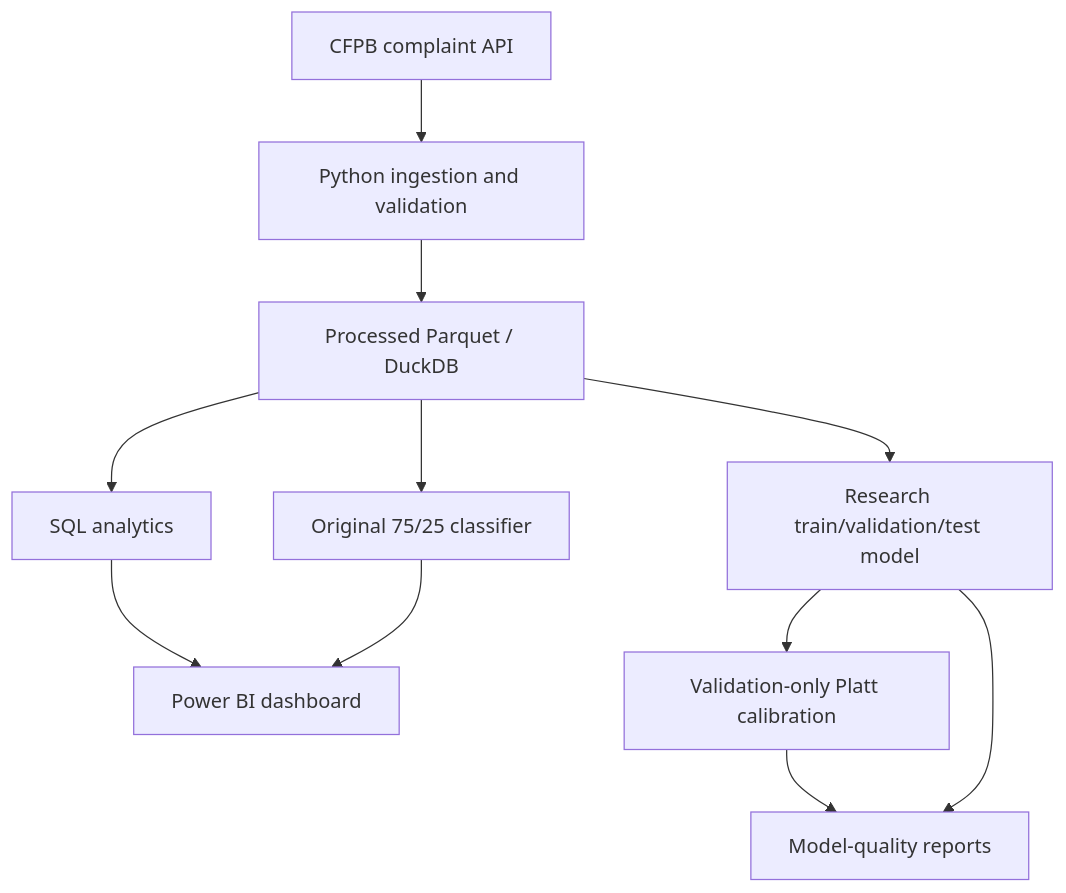
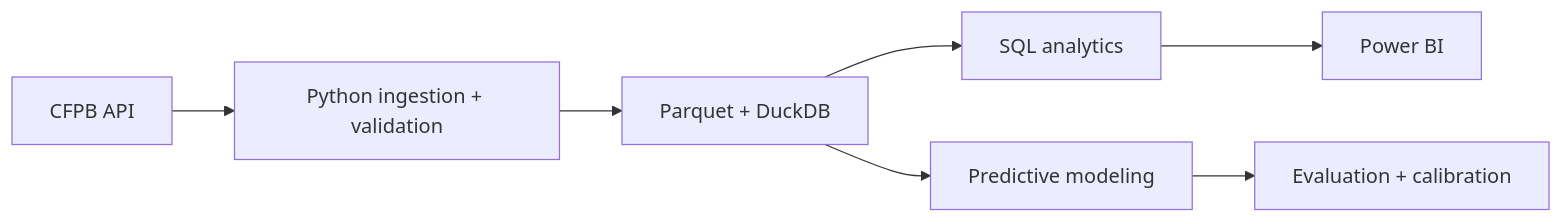
One commit to RishiRatnakarData/consumer-complaint-intelligence changed the diagram in README.md. Above: the diagram before and after it, drawn with Mermaid. The commit also changed other lines of this file, not shown here.

Commit message:
docs: redesign CFPB README as portfolio showcase

````diff
--- a/README.md
+++ b/README.md
@@ -84,13 +62,9 @@
 ```mermaid
-flowchart TD
-    A[CFPB complaint API] --> B[Python ingestion and validation]
-    B --> C[Processed Parquet / DuckDB]
+flowchart LR
+    A[CFPB API] --> B[Python ingestion + validation]
+    B --> C[Parquet + DuckDB]
     C --> D[SQL analytics]
-    C --> E[Original 75/25 classifier]
-    C --> F[Research train/validation/test model]
-    F --> G[Validation-only Platt calibration]
-    F --> H[Model-quality reports]
-    G --> H
-    D --> I[Power BI dashboard]
-    E --> I
+    D --> E[Power BI]
+    C --> F[Predictive modeling]
+    F --> G[Evaluation + calibration]
 ```
````
